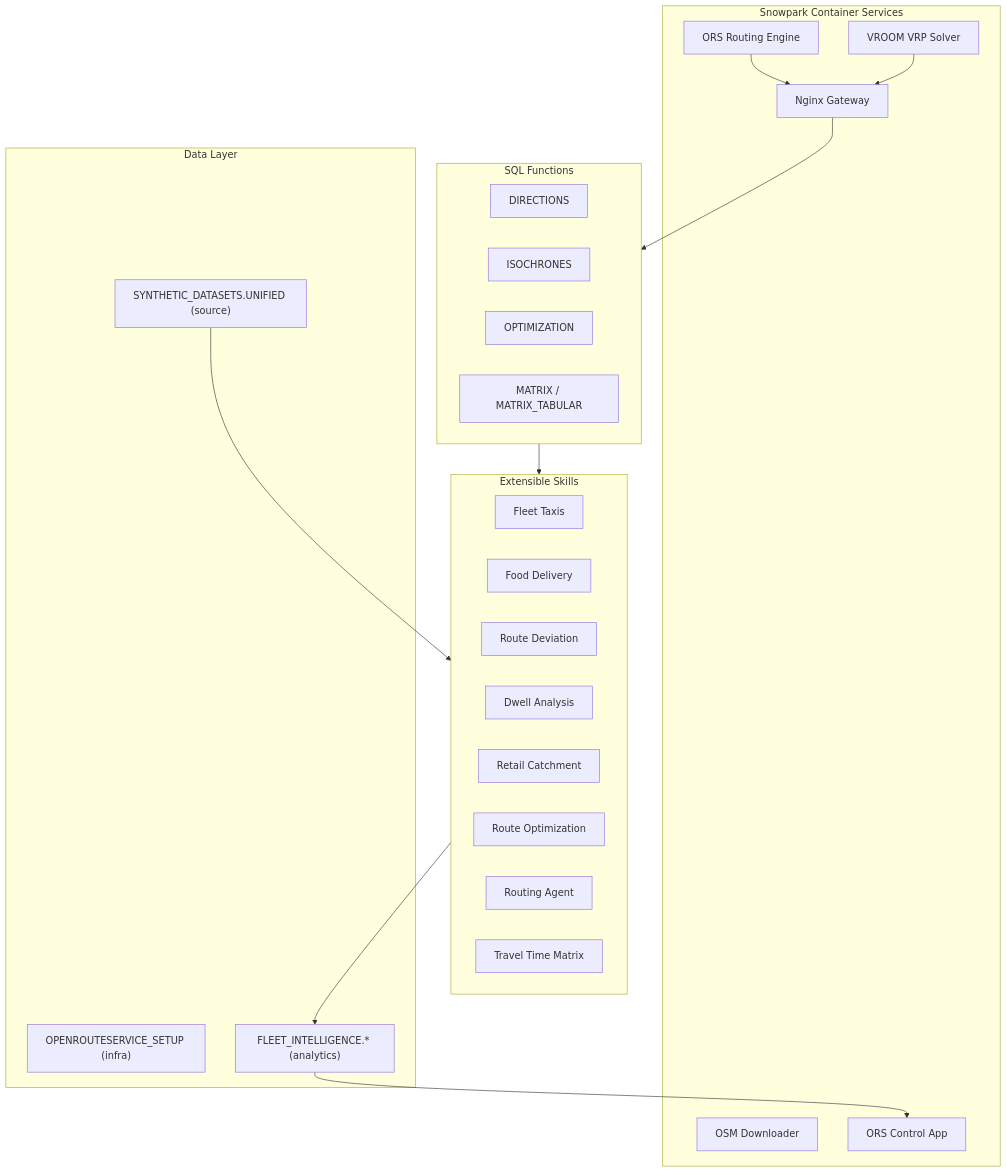
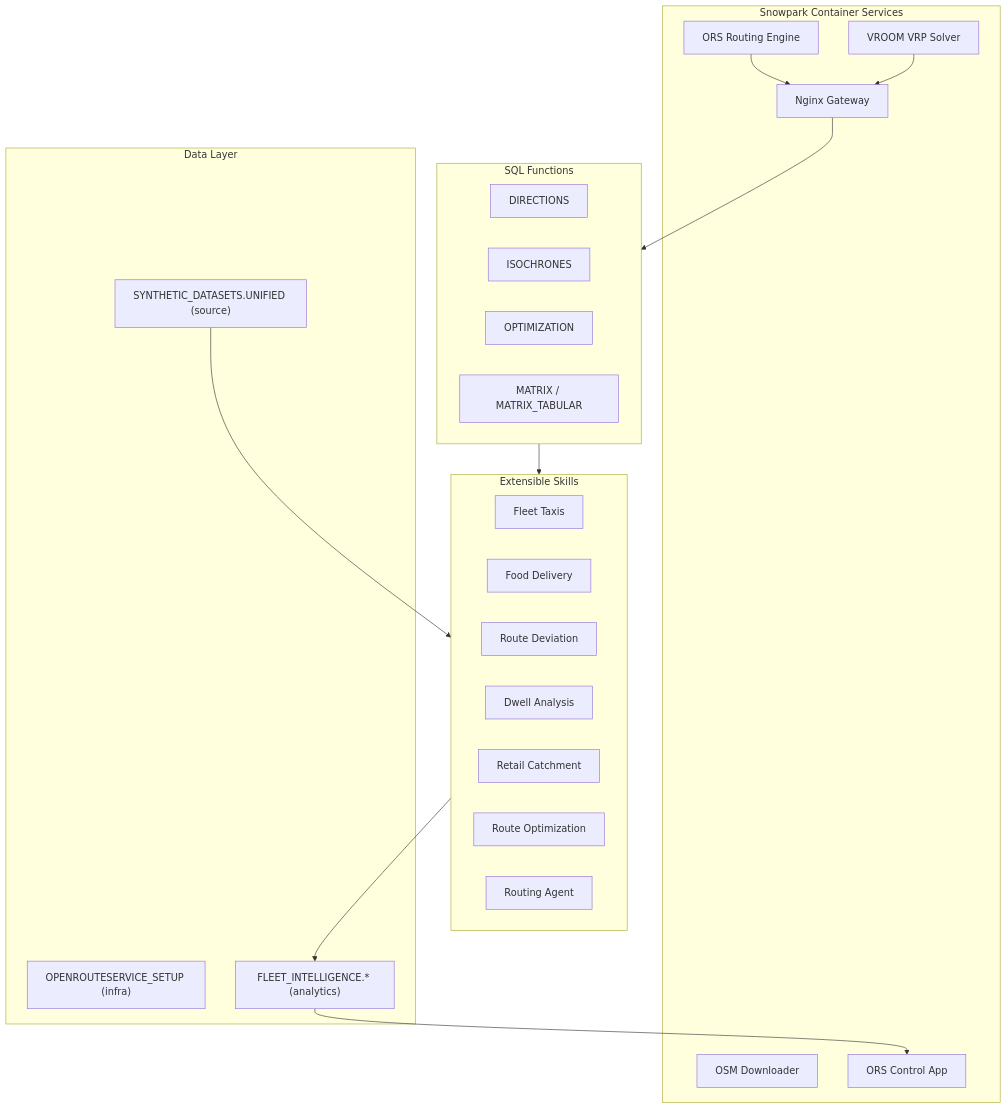
The first of 3 diagrams in README.md (Snowflake-Labs/sfguide-create-a-route-optimisation-and-vehicle-route-plan-simulator), drawn with Mermaid before and after one commit. The commit also changed other lines of this file and 1 other file, not shown here.

````diff
--- a/README.md
+++ b/README.md
@@ -16,42 +16,41 @@
 ```mermaid
 graph TB
     subgraph spcs [Snowpark Container Services]
         ORS[ORS Routing Engine]
         VROOM[VROOM VRP Solver]
         GW[Nginx Gateway]
         DL[OSM Downloader]
         UI[ORS Control App]
     end
 
     subgraph functions [SQL Functions]
         DIR[DIRECTIONS]
         ISO[ISOCHRONES]
         OPT[OPTIMIZATION]
         MTX[MATRIX / MATRIX_TABULAR]
     end
 
     subgraph data [Data Layer]
         SETUP["OPENROUTESERVICE_SETUP (infra)"]
         SYNTH["SYNTHETIC_DATASETS.UNIFIED (source)"]
         FI["FLEET_INTELLIGENCE.* (analytics)"]
     end
 
     subgraph skills [Extensible Skills]
         S1[Fleet Taxis]
         S2[Food Delivery]
         S3[Route Deviation]
         S4[Dwell Analysis]
         S5[Retail Catchment]
         S6[Route Optimization]
         S7[Routing Agent]
-        S8[Travel Time Matrix]
     end
 
     ORS --> GW
     VROOM --> GW
     GW --> functions
     functions --> skills
     SYNTH --> skills
     skills --> FI
     FI --> UI
 ```
````
